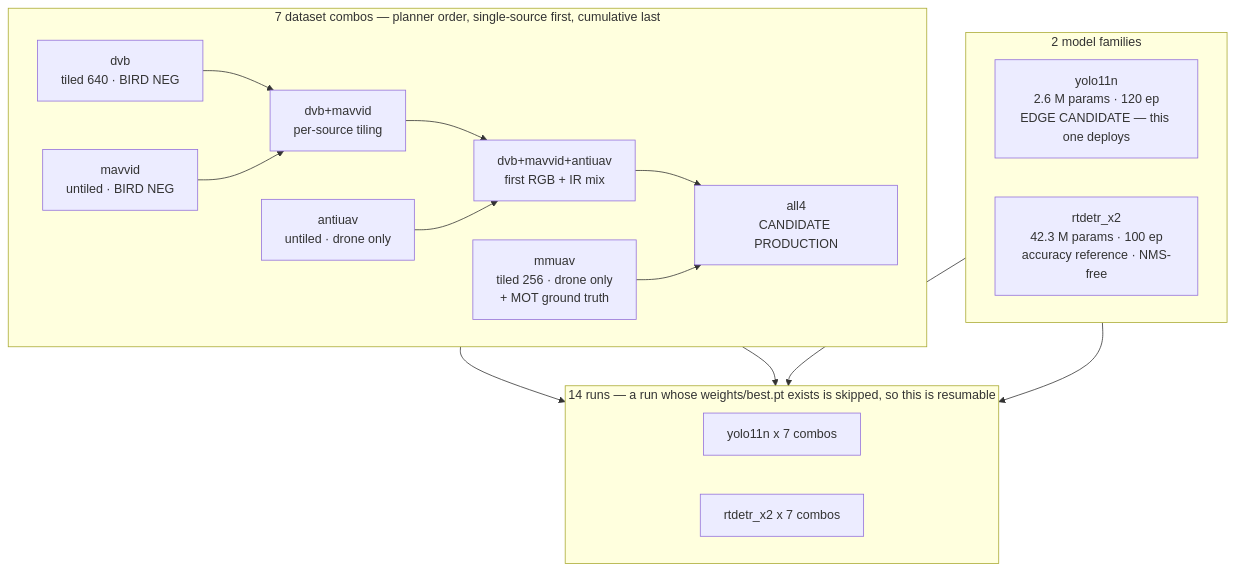
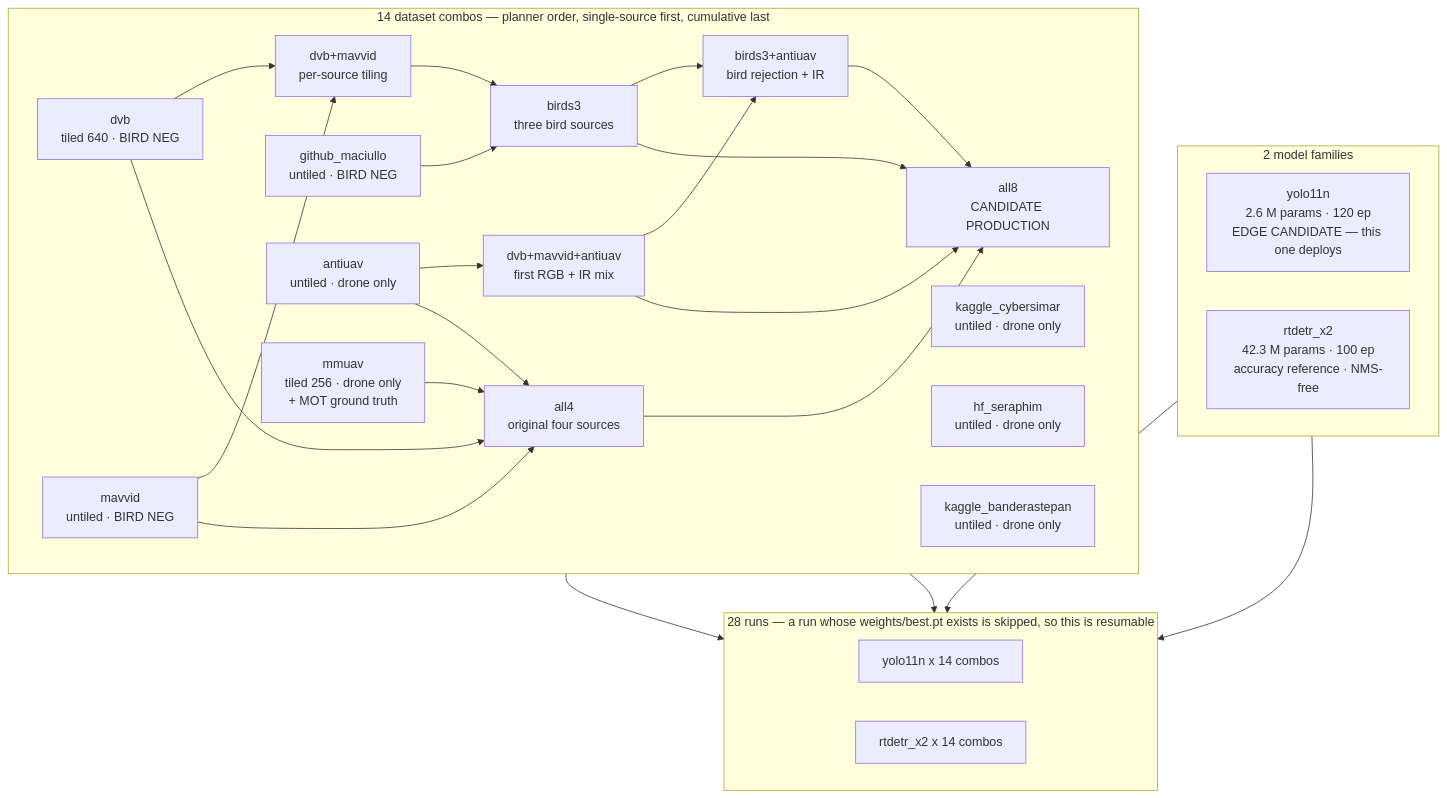
One commit to uzairlol/drone-detection-tracking changed the fourth of 15 diagrams in docs/diagrams/ml pipeline diagram.md. Above: the diagram before and after it, drawn with Mermaid. The commit also changed other lines of this file and 18 other files, not shown here.

````diff
--- a/docs/diagrams/ml pipeline diagram.md
+++ b/docs/diagrams/ml pipeline diagram.md
@@ -377,36 +384,52 @@
 ```mermaid
 flowchart TB
     subgraph MODELS["2 model families"]
         direction LR
         M1["yolo11n<br/>2.6 M params · 120 ep<br/>EDGE CANDIDATE — this one deploys"]
         M2["rtdetr_x2<br/>42.3 M params · 100 ep<br/>accuracy reference · NMS-free"]
     end
 
-    subgraph COMBOS["7 dataset combos — planner order, single-source first, cumulative last"]
+    subgraph COMBOS["14 dataset combos — planner order, single-source first, cumulative last"]
         direction LR
         C1["dvb<br/>tiled 640 · BIRD NEG"]
         C2["mavvid<br/>untiled · BIRD NEG"]
         C3["antiuav<br/>untiled · drone only"]
         C4["mmuav<br/>tiled 256 · drone only<br/>+ MOT ground truth"]
-        C5["dvb+mavvid<br/>per-source tiling"]
-        C6["dvb+mavvid+antiuav<br/>first RGB + IR mix"]
-        C7["all4<br/>CANDIDATE PRODUCTION"]
-        C1 --> C5
-        C2 --> C5
-        C5 --> C6
-        C3 --> C6
-        C6 --> C7
-        C4 --> C7
+        C5["kaggle_cybersimar<br/>untiled · drone only"]
+        C6["github_maciullo<br/>untiled · BIRD NEG"]
+        C7["hf_seraphim<br/>untiled · drone only"]
+        C8["kaggle_banderastepan<br/>untiled · drone only"]
+        C9["dvb+mavvid<br/>per-source tiling"]
+        C10["birds3<br/>three bird sources"]
+        C11["dvb+mavvid+antiuav<br/>first RGB + IR mix"]
+        C12["birds3+antiuav<br/>bird rejection + IR"]
+        C13["all4<br/>original four sources"]
+        C14["all8<br/>CANDIDATE PRODUCTION"]
+        C1 --> C9
+        C2 --> C9
+        C9 --> C10
+        C6 --> C10
+        C3 --> C11
+        C10 --> C12
+        C11 --> C12
+        C1 --> C13
+        C2 --> C13
+        C3 --> C13
+        C4 --> C13
+        C13 --> C14
+        C10 --> C14
+        C11 --> C14
+        C12 --> C14
     end
 
-    subgraph GRID["14 runs — a run whose weights/best.pt exists is skipped, so this is resumable"]
+    subgraph GRID["28 runs — a run whose weights/best.pt exists is skipped, so this is resumable"]
         direction LR
-        R1["yolo11n x 7 combos"]
-        R2["rtdetr_x2 x 7 combos"]
+        R1["yolo11n x 14 combos"]
+        R2["rtdetr_x2 x 14 combos"]
     end
 
     M1 --> R1
     M2 --> R2
     COMBOS --> R1
     COMBOS --> R2
 ```
````
